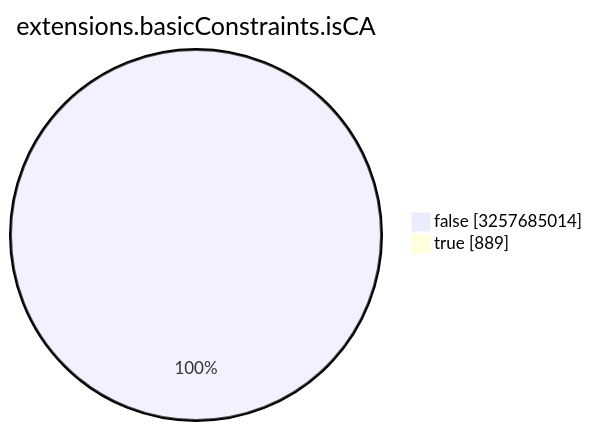
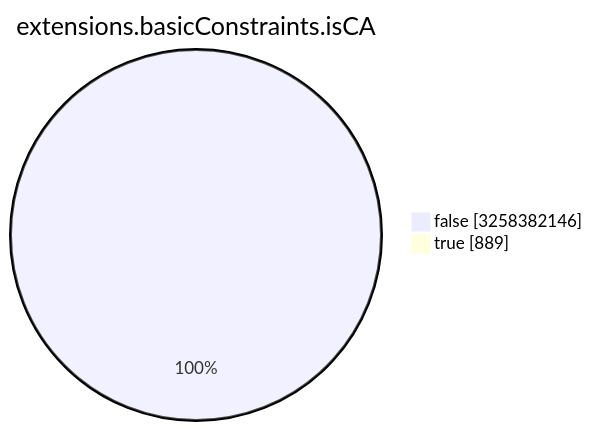
Before and after one commit to christiankrug/ctmonitor_visualization: the seventh of 15 diagrams in TOTAL/README.md, drawn with Mermaid. The commit also changed other lines of this file, not shown here.

````diff
--- a/TOTAL/README.md
+++ b/TOTAL/README.md
@@ -3088,6 +3088,6 @@
 ```mermaid
 pie showData
 title extensions.basicConstraints.isCA
-"false" :3257685014
+"false" :3258382146
 "true" :889
 ```
````
